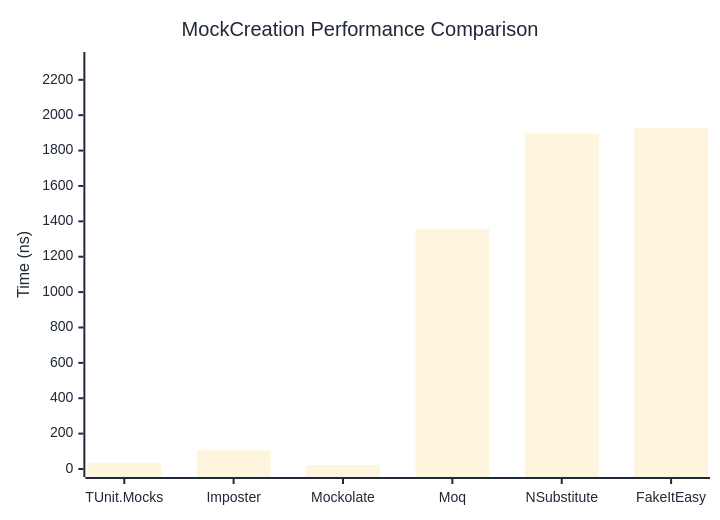
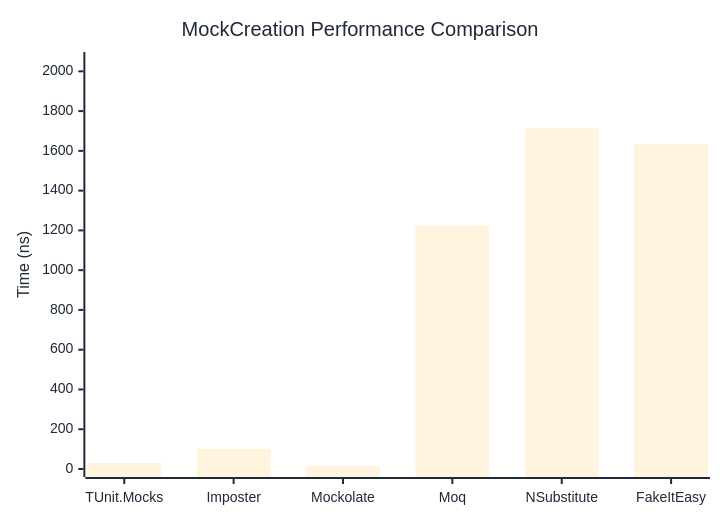
The first of 2 diagrams in docs/docs/benchmarks/mocks/MockCreation.md (thomhurst/TUnit), drawn with Mermaid before and after one commit. The commit also changed other lines of this file and 14 other files, not shown here.

````diff
--- a/docs/docs/benchmarks/mocks/MockCreation.md
+++ b/docs/docs/benchmarks/mocks/MockCreation.md
@@ -30,27 +30,27 @@
 ```mermaid
 %%{init: {
   'theme':'base',
   'themeVariables': {
     'primaryColor': '#2563eb',
     'primaryTextColor': '#1f2937',
     'primaryBorderColor': '#1e40af',
     'lineColor': '#6b7280',
     'secondaryColor': '#7c3aed',
     'tertiaryColor': '#dc2626',
     'background': '#ffffff',
     'pie1': '#2563eb',
     'pie2': '#7c3aed',
     'pie3': '#dc2626',
     'pie4': '#f59e0b',
     'pie5': '#10b981',
     'pie6': '#06b6d4',
     'pie7': '#ec4899',
     'pie8': '#6366f1'
   }
 }}%%
 xychart-beta
   title "MockCreation Performance Comparison"
   x-axis ["TUnit.Mocks", "Imposter", "Mockolate", "Moq", "NSubstitute", "FakeItEasy"]
-  y-axis "Time (ns)" 0 --> 2312
-  bar [35.23, 105.43, 23.03, 1357.98, 1895.78, 1926.44]
+  y-axis "Time (ns)" 0 --> 2057
+  bar [29.75, 100.4, 17.48, 1224.45, 1713.95, 1633.56]
 ```
````
